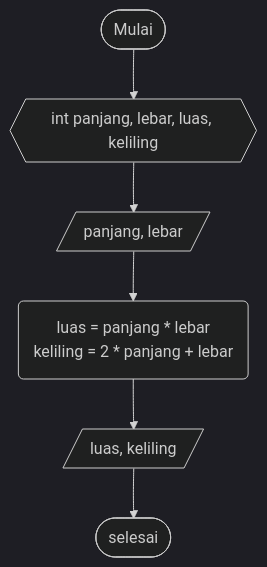
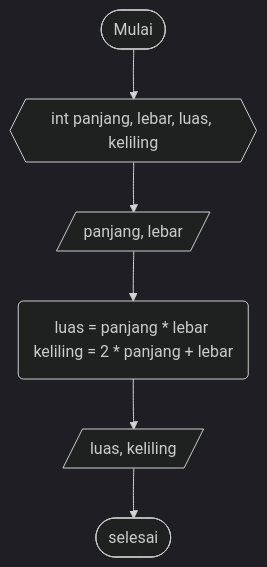
The diagram in PersegiPanjang.md (ValSyacy/daspro-jobsheet1), drawn with Mermaid (dark theme) before and after one commit.

````diff
--- a/PersegiPanjang.md
+++ b/PersegiPanjang.md
@@ -17,9 +17,8 @@
 ```mermaid
 flowchart TD;
     A([Mulai])-->B{{int panjang, lebar, luas, keliling}}
     B-->C[/panjang, lebar/]
-    C-->D(luas = panjang * lebar 
-    keliling = 2 * panjang + lebar)
+    C-->D(luas = panjang * lebar keliling = 2 * panjang + lebar)
     D-->E[/luas, keliling/]
     E-->F([selesai])
 ```
````
